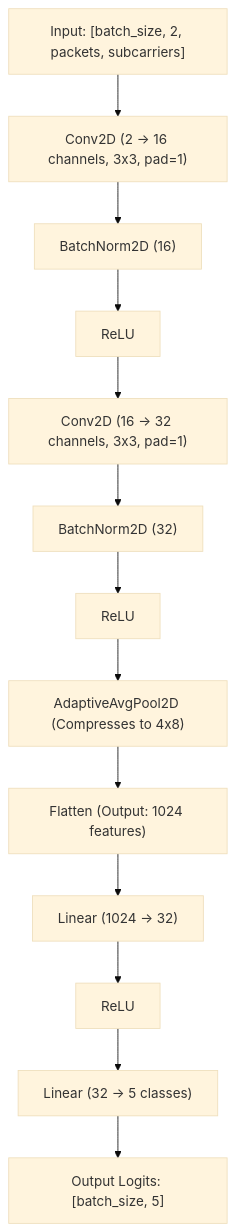
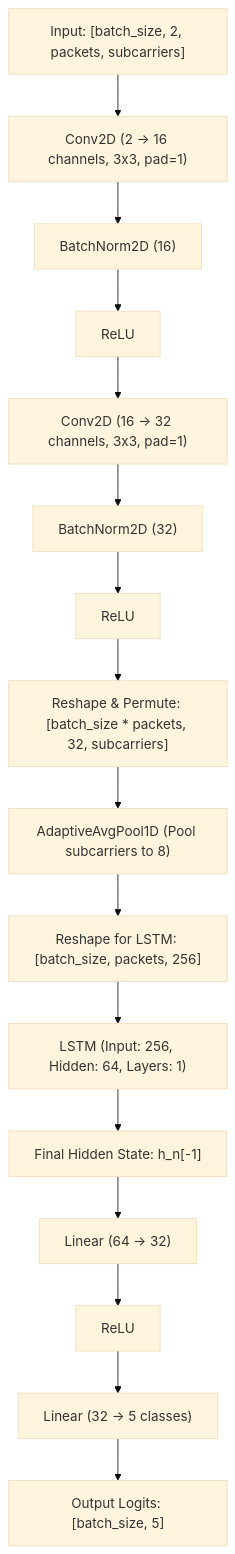
The diagram in onnx_details.md (AbisheakSaravanan/SIH26), drawn with Mermaid (base theme) before and after one commit. The commit also changed other lines of this file and 4 other files, not shown here.

````diff
--- a/onnx_details.md
+++ b/onnx_details.md
@@ -57,19 +57,20 @@
 ```mermaid
 graph TD
     Input["Input: [batch_size, 2, packets, subcarriers]"] --> Conv1["Conv2D (2 -> 16 channels, 3x3, pad=1)"]
     Conv1 --> BN1["BatchNorm2D (16)"]
     BN1 --> ReLU1["ReLU"]
     
     ReLU1 --> Conv2["Conv2D (16 -> 32 channels, 3x3, pad=1)"]
     Conv2 --> BN2["BatchNorm2D (32)"]
     BN2 --> ReLU2["ReLU"]
     
-    ReLU2 --> Pool["AdaptiveAvgPool2D (Compresses to 4x8)"]
-    Pool --> Flatten["Flatten (Output: 1024 features)"]
-    
-    Flatten --> FC1["Linear (1024 -> 32)"]
+    ReLU2 --> Reshape1["Reshape & Permute: [batch_size * packets, 32, subcarriers]"]
+    Reshape1 --> Pool["AdaptiveAvgPool1D (Pool subcarriers to 8)"]
+    Pool --> Reshape2["Reshape for LSTM: [batch_size, packets, 256]"]
+    Reshape2 --> LSTM["LSTM (Input: 256, Hidden: 64, Layers: 1)"]
+    LSTM --> FinalState["Final Hidden State: h_n[-1]"]
+    FinalState --> FC1["Linear (64 -> 32)"]
     FC1 --> ReLU3["ReLU"]
-    
     ReLU3 --> FC2["Linear (32 -> 5 classes)"]
     FC2 --> Output["Output Logits: [batch_size, 5]"]
 ```
````
